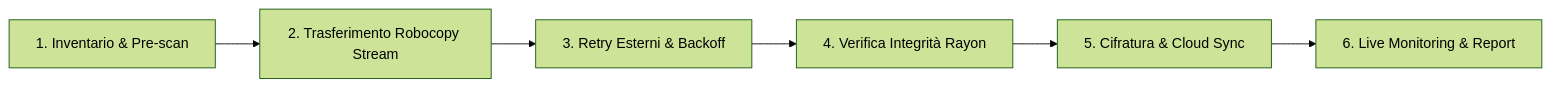
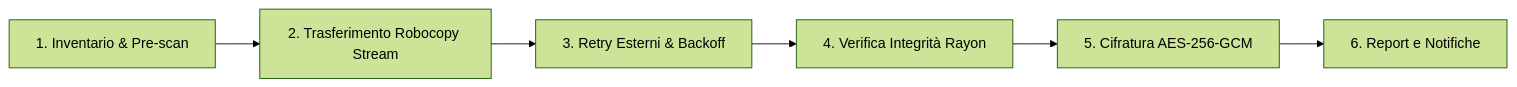
The diagram in README.md (matrixNeo76/rustcopy), drawn with Mermaid (forest theme) before and after one commit. The commit also changed other lines of this file, not shown here.

````diff
--- a/README.md
+++ b/README.md
@@ -41,8 +44,8 @@
 ```mermaid
 graph LR
     A[1. Inventario & Pre-scan] --> B[2. Trasferimento Robocopy Stream]
     B --> C[3. Retry Esterni & Backoff]
     C --> D[4. Verifica Integrità Rayon]
-    D --> E[5. Cifratura & Cloud Sync]
-    E --> F[6. Live Monitoring & Report]
+    D --> E[5. Cifratura AES-256-GCM]
+    E --> F[6. Report e Notifiche]
 ```
````
